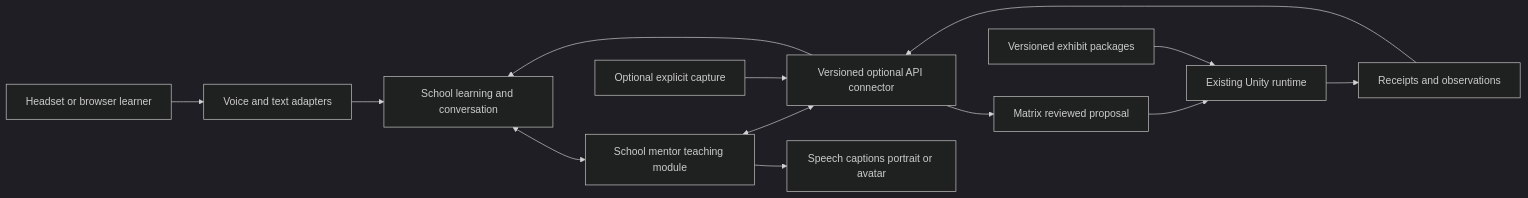
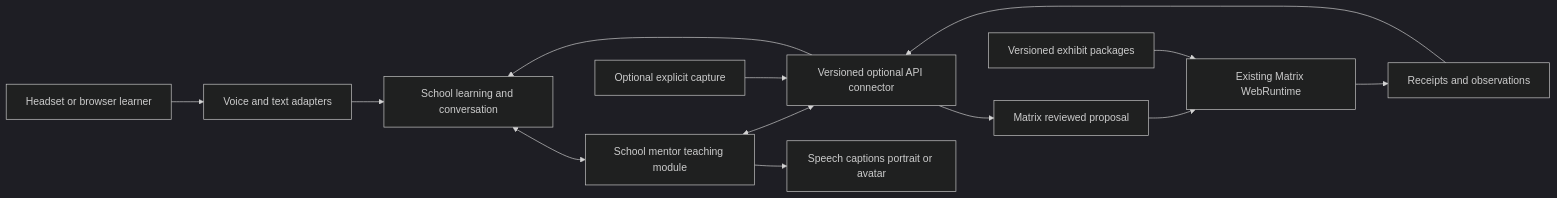
The diagram in PRD.md (School-of-the-Ancients/school-of-the-ancients-roadmap), drawn with Mermaid (dark theme) before and after one commit. The commit also changed other lines of this file and 7 other files, not shown here.

Commit message:
docs: align School roadmap with Matrix WebXR direction

````diff
--- a/PRD.md
+++ b/PRD.md
@@ -117,15 +117,15 @@
 ```mermaid
 flowchart LR
     Learner[Headset or browser learner] --> Input[Voice and text adapters]
     Input --> Learning[School learning and conversation]
     Learning <--> Mentor[School mentor teaching module]
     Mentor <--> Bridge[Versioned optional API connector]
     Bridge --> Proposal[Matrix reviewed proposal]
-    Proposal --> Runtime[Existing Unity runtime]
+    Proposal --> Runtime[Existing Matrix WebRuntime]
     Runtime --> Evidence[Receipts and observations]
     Evidence --> Bridge
     Bridge --> Learning
     Capture[Optional explicit capture] --> Bridge
     Packages[Versioned exhibit packages] --> Runtime
     Mentor --> Presenter[Speech captions portrait or avatar]
 ```
````
